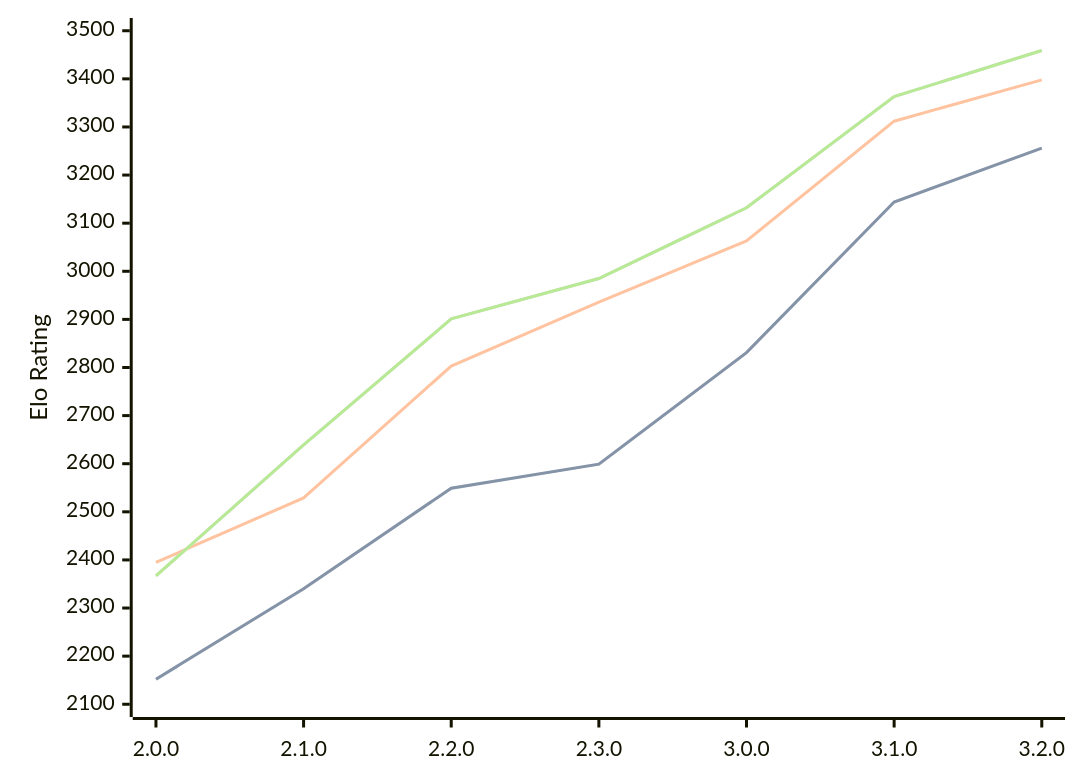
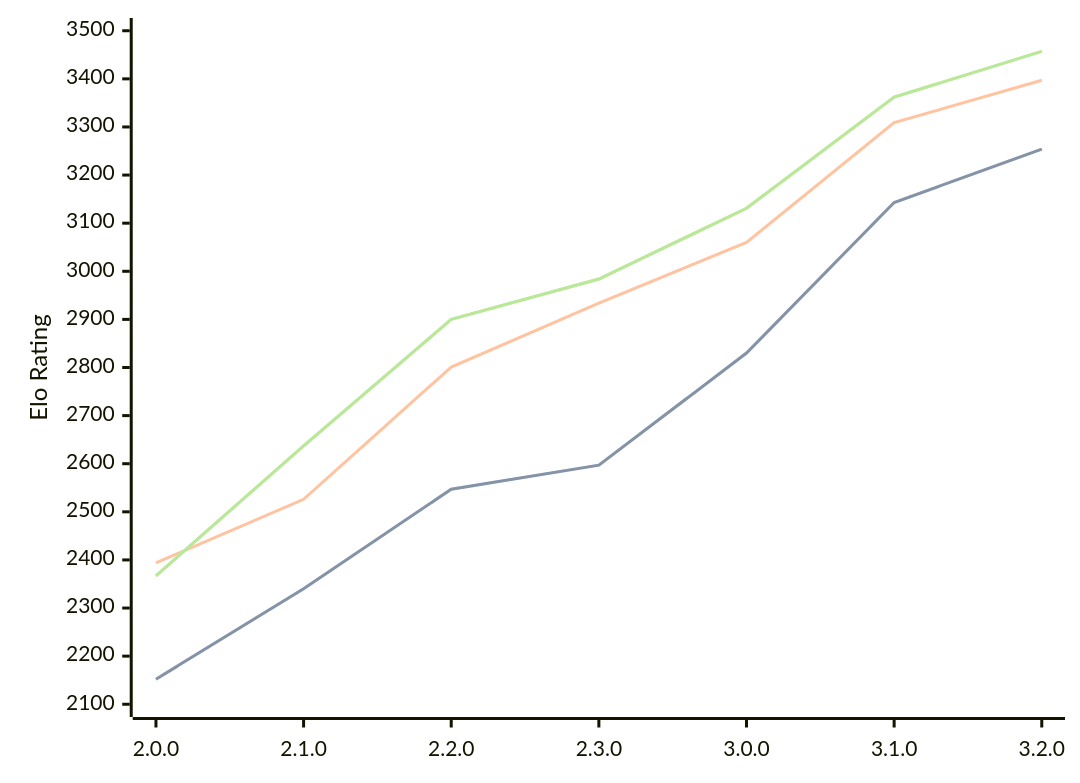
Before and after one commit to computer-chess-index/cci: the diagram in engines/Raphael.md, drawn with Mermaid. The commit also changed other lines of this file, not shown here.

Commit message:
Update CCI Ratings (ELO VLTC) - 2026-03-31

````diff
--- a/engines/Raphael.md
+++ b/engines/Raphael.md
@@ -49,11 +49,11 @@
 ```mermaid
 %%{init: {"theme":"base","themeVariables":{"seriesColors:['#a3a3a3','#222221','#faa371']}}}%%
 xychart-beta
   x-axis ["2.0.0", "2.1.0", "2.2.0", "2.3.0", "3.0.0", "3.1.0", "3.2.0"]
   y-axis "Elo Rating" 2100 --> 3500
-  line "STC (8.0+0.08s)" [2152, 2340, 2549, 2599, 2831, 3144, 3256]
-  line "STC (8.0+0.08s)" [2152, 2340, 2549, 2599, 2831, 3144, 3256]
-  line "LTC (60.0+0.60s)" [2395, 2529, 2803, 2936, 3063, 3312, 3398]
-  line "VLTC (2m24s+1.12s)" [2367, 2639, 2901, 2985, 3132, 3363, 3459]
-  line "VLTC (2m24s+1.12s)" [2367, 2639, 2901, 2985, 3132, 3363, 3459]
+  line "STC (8.0+0.08s)" [2152, 2340, 2547, 2597, 2830, 3143, 3254]
+  line "STC (8.0+0.08s)" [2152, 2340, 2547, 2597, 2830, 3143, 3254]
+  line "LTC (60.0+0.60s)" [2394, 2526, 2801, 2934, 3060, 3309, 3397]
+  line "VLTC (2m24s+1.12s)" [2367, 2637, 2900, 2984, 3131, 3362, 3457]
+  line "VLTC (2m24s+1.12s)" [2367, 2637, 2900, 2984, 3131, 3362, 3457]
 ```
````
